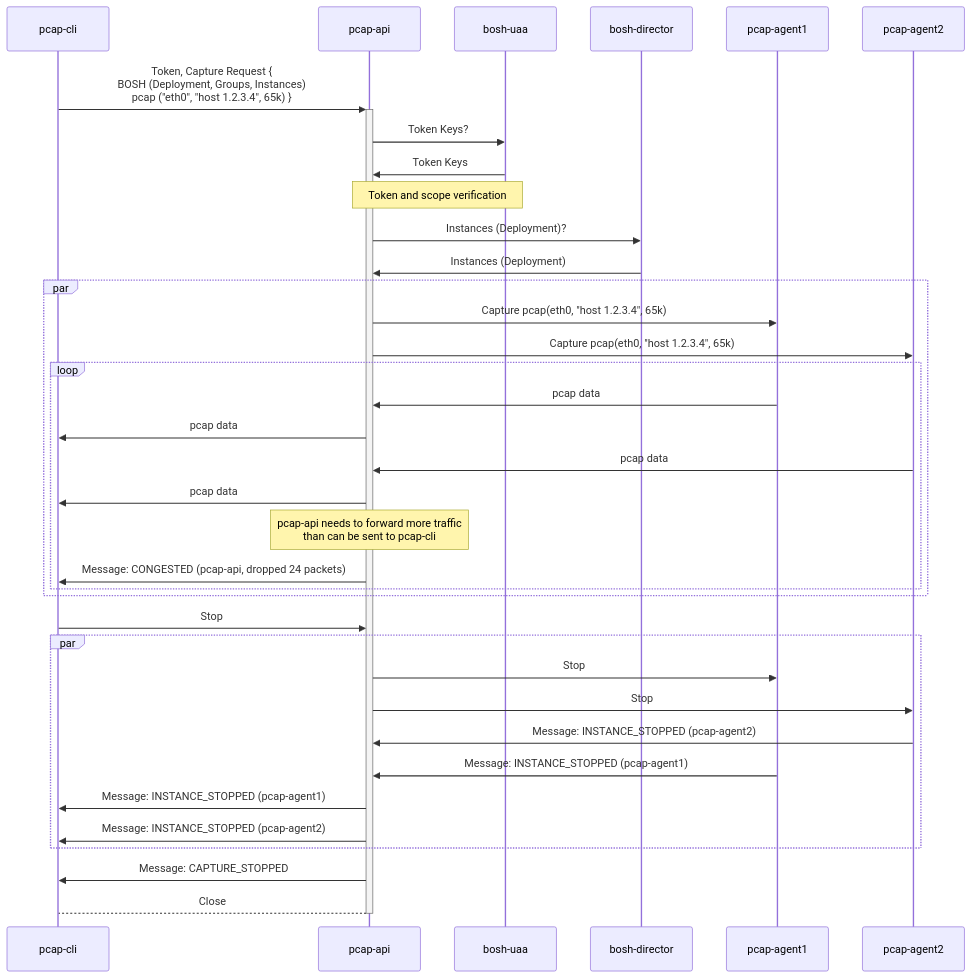
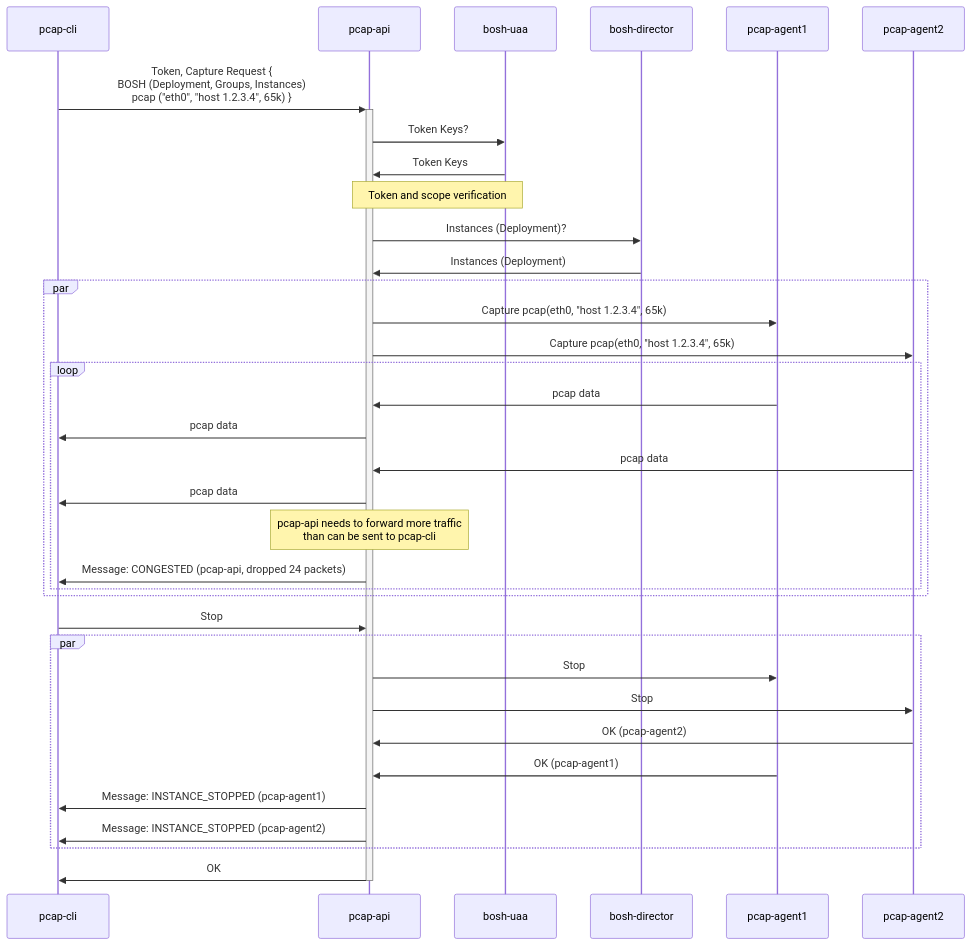
Before and after one commit to cloudfoundry/pcap-release: diagram 21 of 21 in docs/api-communication-spec.md, drawn with Mermaid. The commit also changed other lines of this file, not shown here.

Commit message:
docs(api): adapted all use cases to native gRPC status codes where applicable

````diff
--- a/docs/api-communication-spec.md
+++ b/docs/api-communication-spec.md
@@ -865,34 +855,33 @@
 ```mermaid
 sequenceDiagram
     pcap-cli ->>+ pcap-api: Token, Capture Request {<br/>BOSH (Deployment, Groups, Instances)<br/>pcap ("eth0", "host 1.2.3.4", 65k) }
     pcap-api ->> bosh-uaa: Token Keys?
     bosh-uaa ->> pcap-api: Token Keys
     note over pcap-api, bosh-uaa: Token and scope verification    
     pcap-api ->> bosh-director: Instances (Deployment)?
     bosh-director ->> pcap-api: Instances (Deployment)
     par
         pcap-api ->> pcap-agent1: Capture pcap(eth0, "host 1.2.3.4", 65k)
         pcap-api ->> pcap-agent2: Capture pcap(eth0, "host 1.2.3.4", 65k)
         loop
             pcap-agent1 ->> pcap-api: pcap data
             pcap-api ->> pcap-cli: pcap data
             pcap-agent2 ->> pcap-api: pcap data
             pcap-api ->> pcap-cli: pcap data
             note over pcap-api: pcap-api needs to forward more traffic<br/>than can be sent to pcap-cli 
             pcap-api ->> pcap-cli: Message: CONGESTED (pcap-api, dropped 24 packets)
         end
     end
             
     pcap-cli ->> pcap-api: Stop
     par
         pcap-api ->> pcap-agent1: Stop
         pcap-api ->> pcap-agent2: Stop
-    pcap-agent2 ->> pcap-api: Message: INSTANCE_STOPPED (pcap-agent2)
-    pcap-agent1 ->> pcap-api: Message: INSTANCE_STOPPED (pcap-agent1)
+    pcap-agent2 ->> pcap-api: OK (pcap-agent2)
+    pcap-agent1 ->> pcap-api: OK (pcap-agent1)
     pcap-api ->> pcap-cli: Message: INSTANCE_STOPPED (pcap-agent1)
     pcap-api ->> pcap-cli: Message: INSTANCE_STOPPED (pcap-agent2)
     end
 
-    pcap-api ->> pcap-cli: Message: CAPTURE_STOPPED
-    pcap-api -->- pcap-cli: Close
+    pcap-api ->>- pcap-cli: OK
 ```
````
